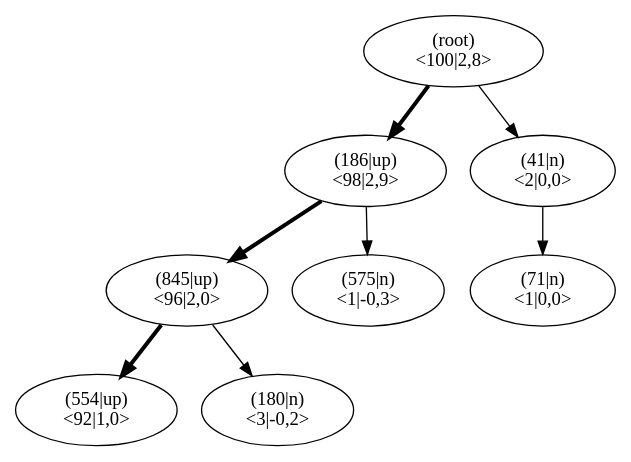
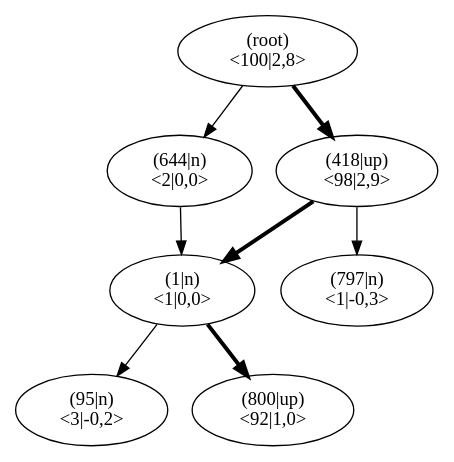
One commit to JonasHellgren/relexp-java changed the diagram in pictures/ch13/jumper_test_mcts.dot. Above: the diagram before and after it, drawn with Graphviz. The commit also changed 6 other files, not shown here.

```diff
--- a/pictures/ch13/jumper_test_mcts.dot
+++ b/pictures/ch13/jumper_test_mcts.dot
@@ -1,26 +1,26 @@
 digraph MCTS {
 node [shape=ellipse];
 Nroot [label="(root)
 <100|2,8>"];
-Nroot -> N186[penwidth=3];
-N186 [label="(186|up)
+Nroot -> N418[penwidth=3];
+N418 [label="(418|up)
 <98|2,9>"];
-N186 -> N845[penwidth=3];
-N845 [label="(845|up)
+N418 -> N1[penwidth=3];
+N1 [label="(1|up)
 <96|2,0>"];
-N845 -> N554[penwidth=3];
-N554 [label="(554|up)
+N1 -> N95[penwidth=1];
+N95 [label="(95|n)
+<3|-0,2>"];
+N1 -> N800[penwidth=3];
+N800 [label="(800|up)
 <92|1,0>"];
-N845 -> N180[penwidth=1];
-N180 [label="(180|n)
-<3|-0,2>"];
-N186 -> N575[penwidth=1];
-N575 [label="(575|n)
+N418 -> N797[penwidth=1];
+N797 [label="(797|n)
 <1|-0,3>"];
-Nroot -> N41[penwidth=1];
-N41 [label="(41|n)
+Nroot -> N644[penwidth=1];
+N644 [label="(644|n)
 <2|0,0>"];
-N41 -> N71[penwidth=1];
-N71 [label="(71|n)
+N644 -> N1[penwidth=1];
+N1 [label="(1|n)
 <1|0,0>"];
 }
```
